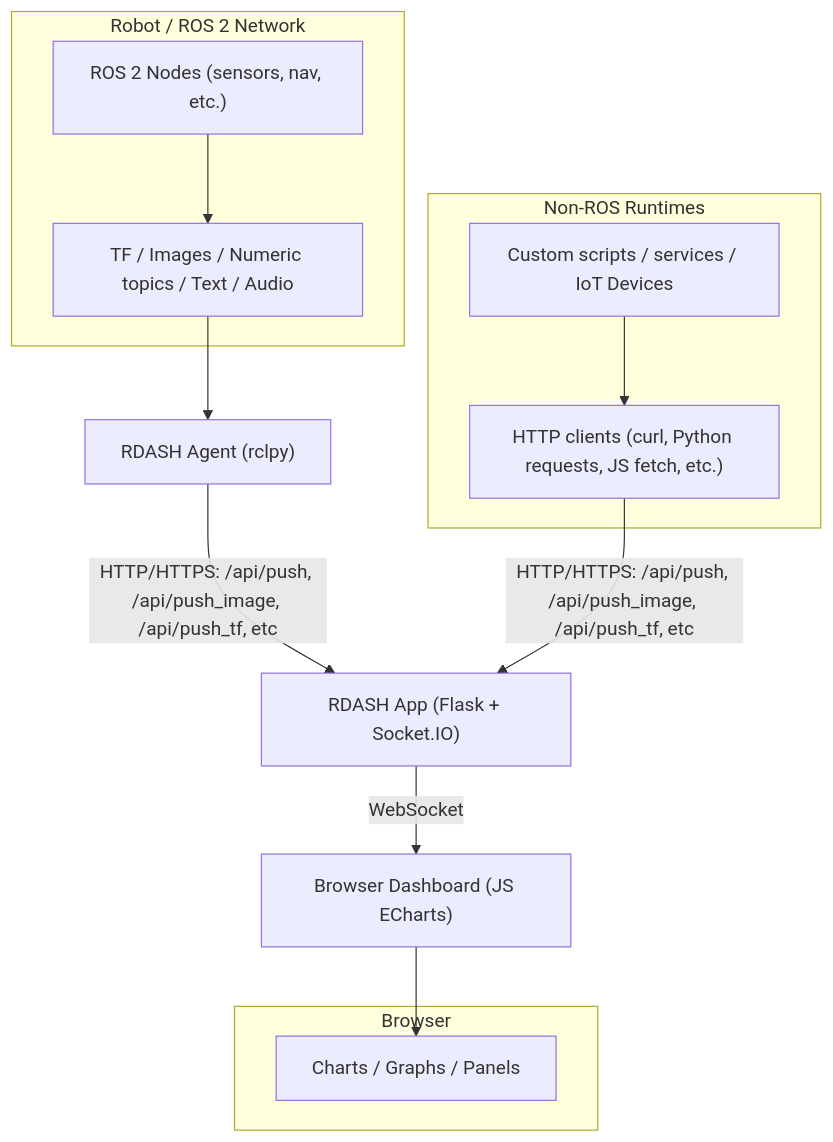
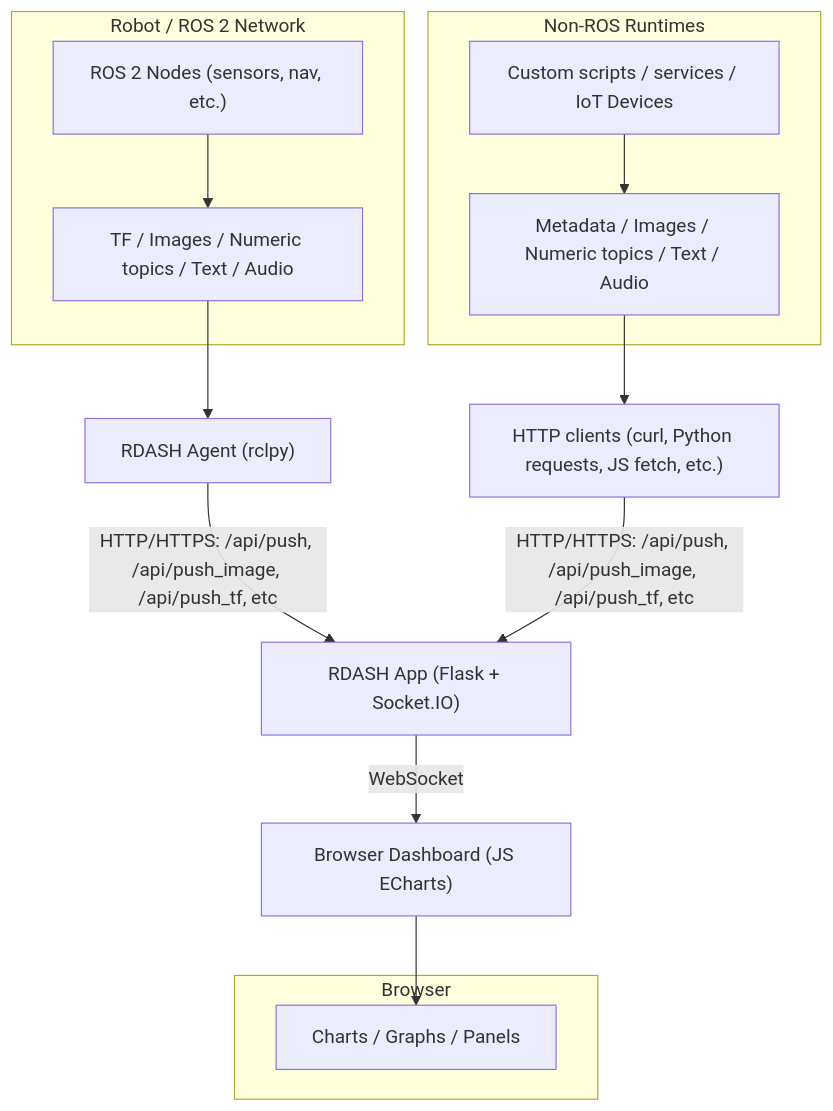
The diagram in README.md (vamsi-karnam/rdash), drawn with Mermaid before and after one commit.

````diff
--- a/README.md
+++ b/README.md
@@ -126,26 +126,28 @@
 ```mermaid
 flowchart TD
   subgraph "Robot / ROS 2 Network"
     A1["ROS 2 Nodes (sensors, nav, etc.)"]
     A2["TF / Images / Numeric topics / Text / Audio"]
   end
 
   A1 --> A2
   A2 --> B["RDASH Agent (rclpy)"]
   B -- "HTTP/HTTPS: /api/push, /api/push_image, /api/push_tf, etc" --> C["RDASH App (Flask + Socket.IO)"]
 
   subgraph "Non-ROS Runtimes"
     X1["Custom scripts / services / IoT Devices"]
-    X2["HTTP clients (curl, Python requests, JS fetch, etc.)"]
-    X1 --> X2
+    X2["Metadata / Images / Numeric topics / Text / Audio"]
   end
-  X2 -- "HTTP/HTTPS: /api/push, /api/push_image, /api/push_tf, etc" --> C
+
+  X1 --> X2
+  X2 --> Y["HTTP clients (curl, Python requests, JS fetch, etc.)"]
+  Y -- "HTTP/HTTPS: /api/push, /api/push_image, /api/push_tf, etc" --> C
 
   C -- "WebSocket" --> D["Browser Dashboard (JS ECharts)"]
 
   subgraph Browser
     D1["Charts / Graphs / Panels"]
   end
 
   D -->  D1
 ```
````
